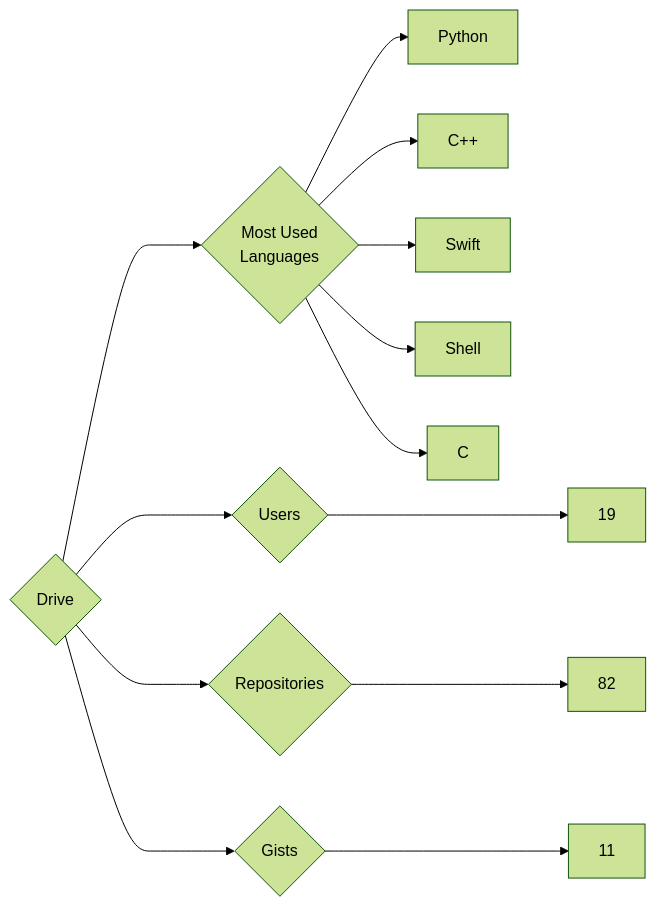
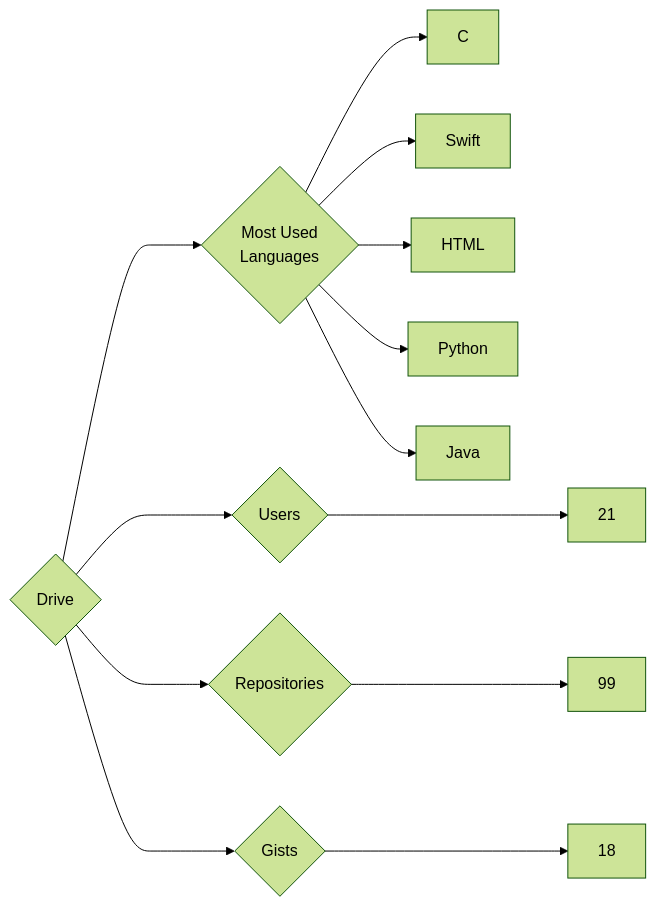
The diagram in targets/Drive/README.md (trickest/insiders), drawn with Mermaid (forest theme) before and after one commit. The commit also changed 953 other files, not shown here.

````diff
--- a/targets/Drive/README.md
+++ b/targets/Drive/README.md
@@ -3,13 +3,13 @@
 ```mermaid
 graph LR
 COMPANY_NAME{Drive}
-COMPANY_NAME ---> U{Users} ---> UN[19]
-COMPANY_NAME ---> R{Repositories} ---> RN[82]
-COMPANY_NAME ---> G{Gists} ---> GN[11]
+COMPANY_NAME ---> U{Users} ---> UN[21]
+COMPANY_NAME ---> R{Repositories} ---> RN[99]
+COMPANY_NAME ---> G{Gists} ---> GN[18]
 COMPANY_NAME ---> ML{Most Used<br>Languages}
+ML --> C[C]
+ML --> Swift[Swift]
+ML --> HTML[HTML]
 ML --> Python[Python]
-ML --> C++[C++]
-ML --> Swift[Swift]
-ML --> Shell[Shell]
-ML --> C[C]
+ML --> Java[Java]
 ```
````
